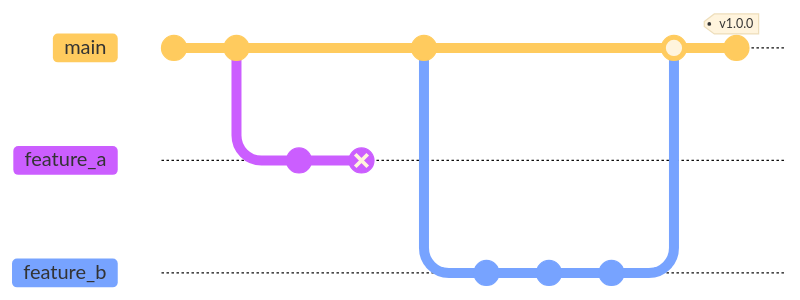
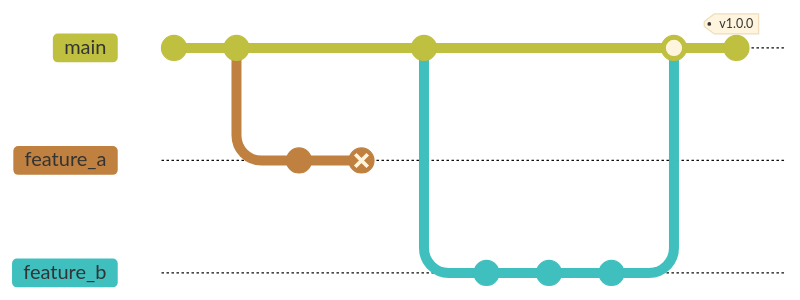
The first of 4 diagrams in docs/software/development_workflow/branch_management.qmd (TU-Delft-DCC/TU-Delft-DCC.github.io), drawn with Mermaid before and after one commit. The commit also changed other lines of this file, not shown here. Commit ids are hidden.

Commit message:
Update mermaid branch diagrams

````diff
--- a/docs/software/development_workflow/branch_management.qmd
+++ b/docs/software/development_workflow/branch_management.qmd
@@ -89,24 +89,28 @@
 ```{mermaid}
 
-%%{init: {'theme': 'base', 'gitGraph': {'showCommitLabel': false}}}%%
+%%{init: {'theme': 'base', 'themeVariables': {
+              'git0': '#bfbf40',
+              'git1': '#bf8040',
+              'git2': '#40bfbf'
+              }, 'gitGraph': {'showCommitLabel': false}}}%%
 gitGraph LR:
    commit
    commit
    branch "feature_a"
    checkout "feature_a"
    commit
    commit type:REVERSE
    checkout main
 
    commit
    branch "feature_b"
    checkout "feature_b"
    commit
    commit
    commit
 
    checkout main
    merge "feature_b"
    commit tag:"v1.0.0"
 
 ```
````
